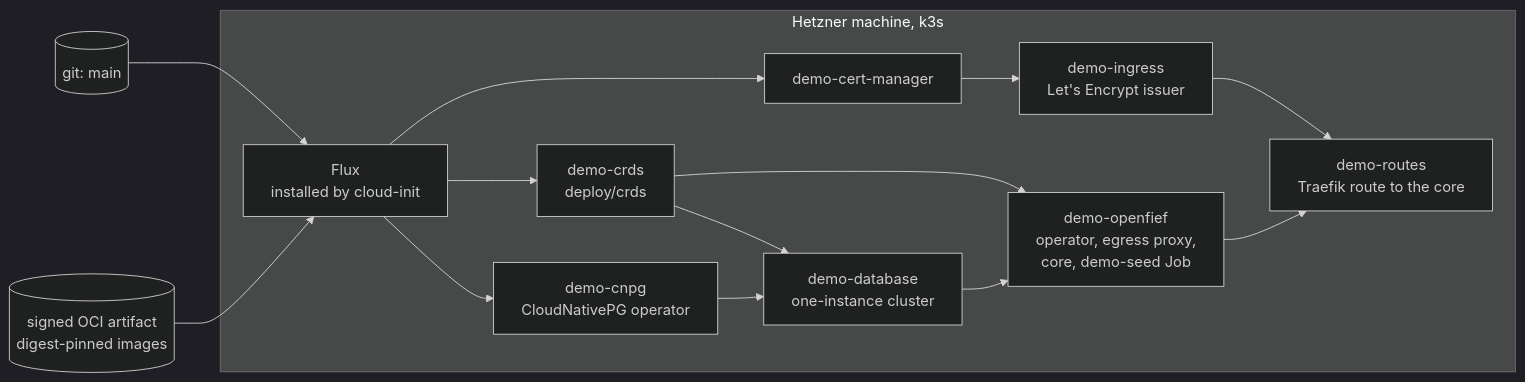
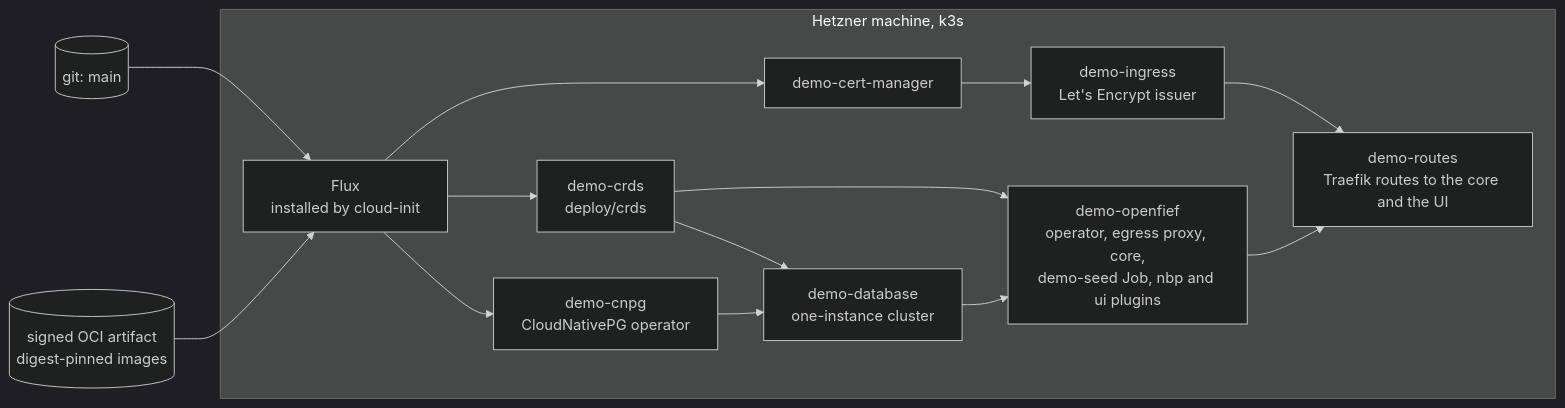
Before and after one commit to arkadiuss/openfief: the fifth of 5 diagrams in docs/architecture.md, drawn with Mermaid (dark theme). The commit also changed other lines of this file and 35 other files, not shown here.

````diff
--- a/docs/architecture.md
+++ b/docs/architecture.md
@@ -148,24 +148,24 @@
 ```mermaid
 flowchart LR
   git[("git: main")]
   oci[("signed OCI artifact<br/>digest-pinned images")]
   subgraph machine["Hetzner machine, k3s"]
     flux["Flux<br/>installed by cloud-init"]
     crds["demo-crds<br/>deploy/crds"]
     cnpg["demo-cnpg<br/>CloudNativePG operator"]
     db["demo-database<br/>one-instance cluster"]
     cm["demo-cert-manager"]
     ing["demo-ingress<br/>Let's Encrypt issuer"]
-    routes["demo-routes<br/>Traefik route to the core"]
-    of["demo-openfief<br/>operator, egress proxy,<br/>core, demo-seed Job"]
+    routes["demo-routes<br/>Traefik routes to the core and the UI"]
+    of["demo-openfief<br/>operator, egress proxy, core,<br/>demo-seed Job, nbp and ui plugins"]
   end
   git --> flux
   oci --> flux
   flux --> crds & cnpg & cm
   crds --> db
   cnpg --> db
   cm --> ing --> routes
   crds --> of
   db --> of
   of --> routes
 ```
````
